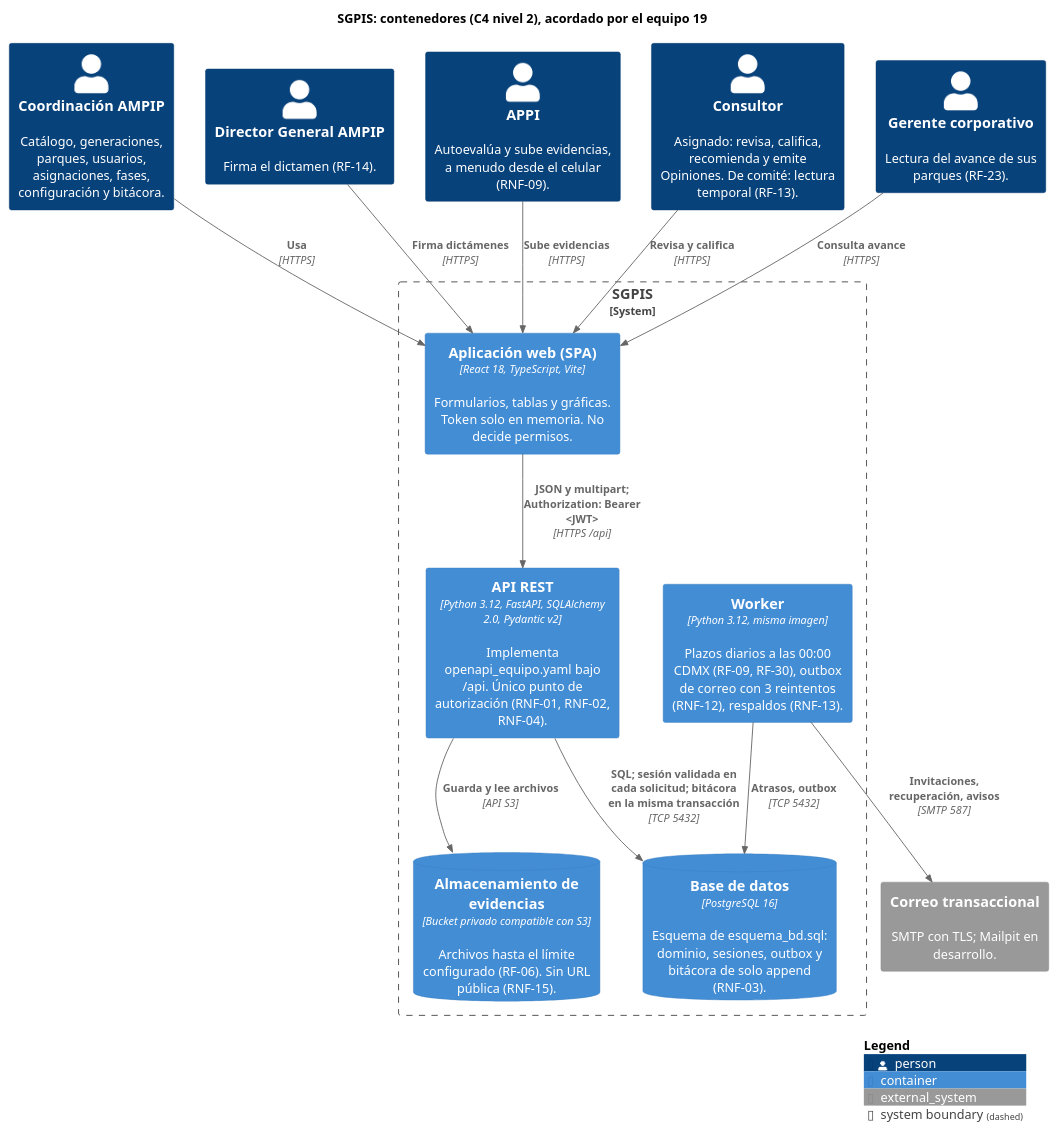
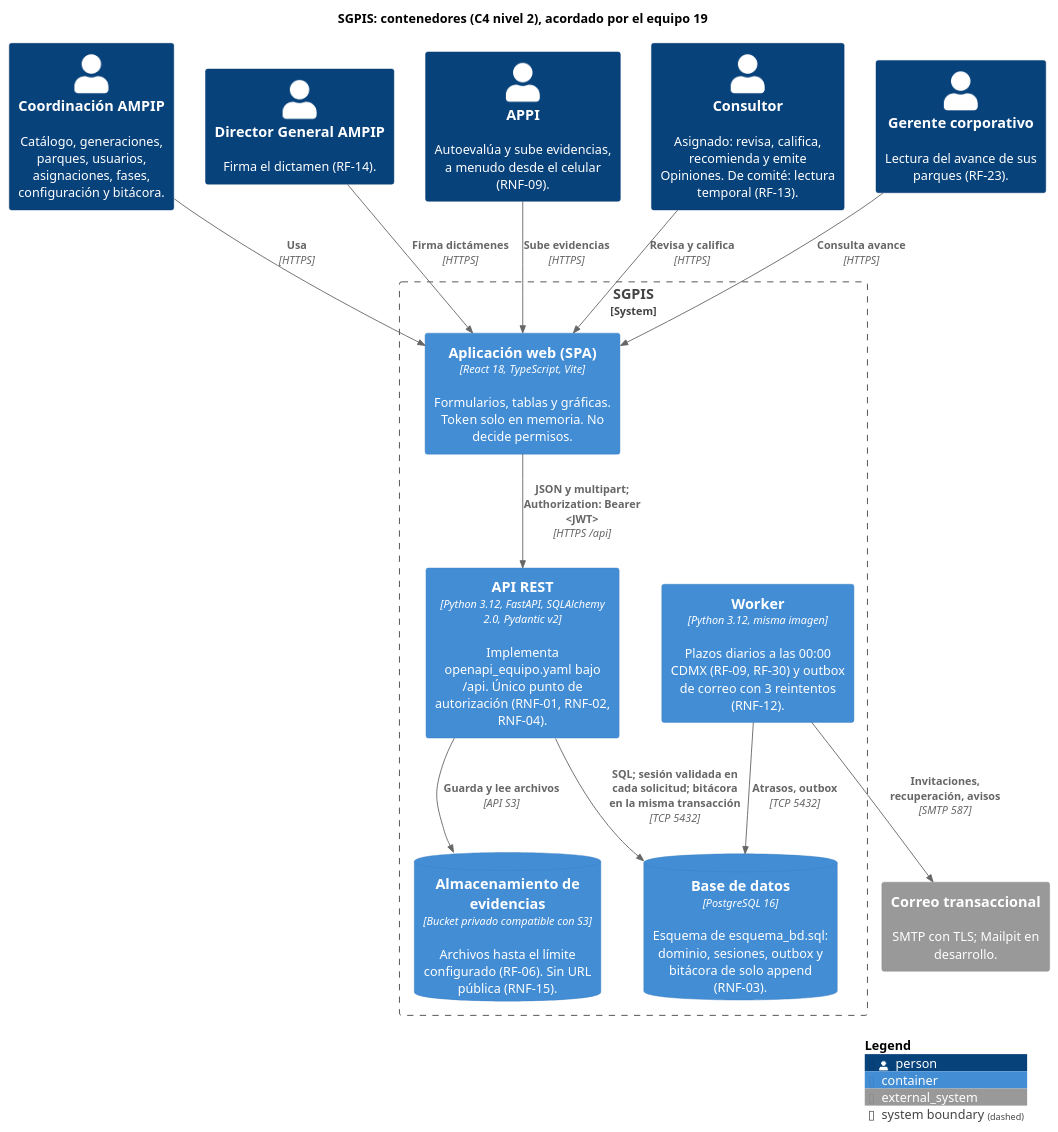
Before and after one commit to CLA-TC5062-SN2026/Equipo19: the first of 2 diagrams in S05_S06_A1/arquitectura_equipo.md, drawn with PlantUML. The commit also changed other lines of this file and 22 other files, not shown here.

````diff
--- a/S05_S06_A1/arquitectura_equipo.md
+++ b/S05_S06_A1/arquitectura_equipo.md
@@ -23,34 +26,34 @@
 ```plantuml
 @startuml arquitectura_contenedores
 !include <C4/C4_Container>
 title SGPIS: contenedores (C4 nivel 2), acordado por el equipo 19
 LAYOUT_TOP_DOWN()
 
 Person(coord, "Coordinación AMPIP", "Catálogo, generaciones, parques, usuarios, asignaciones, fases, configuración y bitácora.")
 Person(dg, "Director General AMPIP", "Firma el dictamen (RF-14).")
 Person(appi, "APPI", "Autoevalúa y sube evidencias, a menudo desde el celular (RNF-09).")
 Person(consultor, "Consultor", "Asignado: revisa, califica, recomienda y emite Opiniones. De comité: lectura temporal (RF-13).")
 Person(corp, "Gerente corporativo", "Lectura del avance de sus parques (RF-23).")
 
 System_Boundary(sgpis, "SGPIS") {
   Container(spa, "Aplicación web (SPA)", "React 18, TypeScript, Vite", "Formularios, tablas y gráficas. Token solo en memoria. No decide permisos.")
   Container(api, "API REST", "Python 3.12, FastAPI, SQLAlchemy 2.0, Pydantic v2", "Implementa openapi_equipo.yaml bajo /api. Único punto de autorización (RNF-01, RNF-02, RNF-04).")
-  Container(worker, "Worker", "Python 3.12, misma imagen", "Plazos diarios a las 00:00 CDMX (RF-09, RF-30), outbox de correo con 3 reintentos (RNF-12), respaldos (RNF-13).")
+  Container(worker, "Worker", "Python 3.12, misma imagen", "Plazos diarios a las 00:00 CDMX (RF-09, RF-30) y outbox de correo con 3 reintentos (RNF-12).")
   ContainerDb(db, "Base de datos", "PostgreSQL 16", "Esquema de esquema_bd.sql: dominio, sesiones, outbox y bitácora de solo append (RNF-03).")
   ContainerDb(objetos, "Almacenamiento de evidencias", "Bucket privado compatible con S3", "Archivos hasta el límite configurado (RF-06). Sin URL pública (RNF-15).")
 }
 System_Ext(correo, "Correo transaccional", "SMTP con TLS; Mailpit en desarrollo.")
 
 Rel(coord, spa, "Usa", "HTTPS")
 Rel(dg, spa, "Firma dictámenes", "HTTPS")
 Rel(appi, spa, "Sube evidencias", "HTTPS")
 Rel(consultor, spa, "Revisa y califica", "HTTPS")
 Rel(corp, spa, "Consulta avance", "HTTPS")
 Rel(spa, api, "JSON y multipart; Authorization: Bearer <JWT>", "HTTPS /api")
 Rel(api, db, "SQL; sesión validada en cada solicitud; bitácora en la misma transacción", "TCP 5432")
 Rel(api, objetos, "Guarda y lee archivos", "API S3")
 Rel(worker, db, "Atrasos, outbox", "TCP 5432")
 Rel(worker, correo, "Invitaciones, recuperación, avisos", "SMTP 587")
 SHOW_LEGEND()
 @enduml
 ```
````
